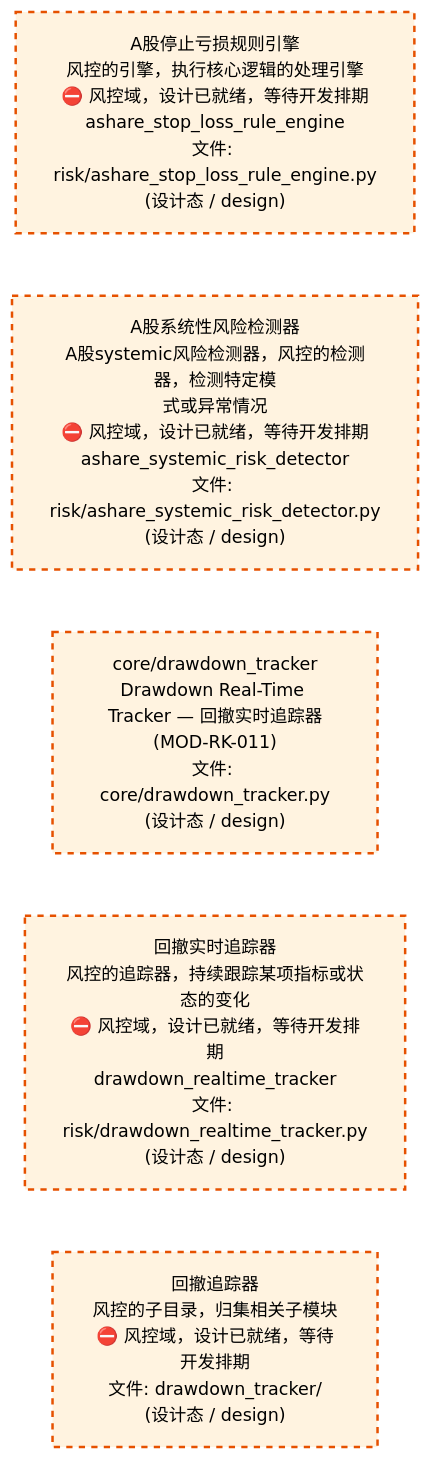
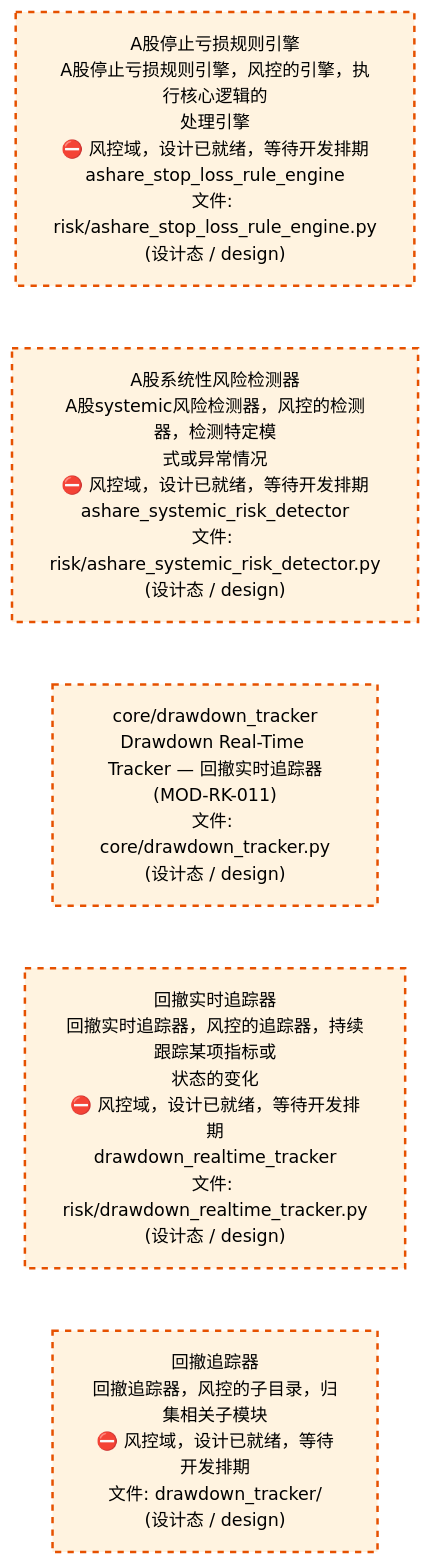
One commit to xuanFelixVan/ZephyrAlpha changed the third of 4 diagrams in docs/02_enterprise_architecture/02_domain_architecture_docs/65_d_risk.md. Above: the diagram before and after it, drawn with Mermaid. The commit also changed other lines of this file and 63 other files, not shown here.

````diff
--- a/docs/02_enterprise_architecture/02_domain_architecture_docs/65_d_risk.md
+++ b/docs/02_enterprise_architecture/02_domain_architecture_docs/65_d_risk.md
@@ -183,18 +183,18 @@
 ```mermaid
 %%{init: {'theme': 'base', 'themeVariables': {'primaryColor': '#eaeaea', 'primaryTextColor': '#333333', 'primaryBorderColor': '#666666', 'lineColor': '#666666', 'secondaryColor': '#eaeaea', 'tertiaryColor': '#eaeaea', 'fontSize': '14px'}}}%%
 flowchart TD
-    src_zephyr_risk_ashare_stop_loss_rule_engine_py["A股停止亏损规则引擎<br/>风控的引擎，执行核心逻辑的处理引擎<br/>⛔ 风控域，设计已就绪，等待开发排期<br/>ashare_stop_loss_rule_engine<br/>文件: risk/ashare_stop_loss_rule_engine.py<br/>(设计态 / design)"]
+    src_zephyr_risk_ashare_stop_loss_rule_engine_py["A股停止亏损规则引擎<br/>A股停止亏损规则引擎，风控的引擎，执行核心逻辑的<br/>处理引擎<br/>⛔ 风控域，设计已就绪，等待开发排期<br/>ashare_stop_loss_rule_engine<br/>文件: risk/ashare_stop_loss_rule_engine.py<br/>(设计态 / design)"]
     src_zephyr_risk_ashare_systemic_risk_detector_py["A股系统性风险检测器<br/>A股systemic风险检测器，风控的检测器，检测特定模<br/>式或异常情况<br/>⛔ 风控域，设计已就绪，等待开发排期<br/>ashare_systemic_risk_detector<br/>文件: risk/ashare_systemic_risk_detector.py<br/>(设计态 / design)"]
     src_zephyr_risk_core_drawdown_tracker_py["core/drawdown_tracker<br/>Drawdown Real-Time Tracker — 回撤实时追踪器<br/>(MOD-RK-011)<br/>文件: core/drawdown_tracker.py<br/>(设计态 / design)"]
-    src_zephyr_risk_drawdown_realtime_tracker_py["回撤实时追踪器<br/>风控的追踪器，持续跟踪某项指标或状态的变化<br/>⛔ 风控域，设计已就绪，等待开发排期<br/>drawdown_realtime_tracker<br/>文件: risk/drawdown_realtime_tracker.py<br/>(设计态 / design)"]
-    src_zephyr_risk_drawdown_tracker["回撤追踪器<br/>风控的子目录，归集相关子模块<br/>⛔ 风控域，设计已就绪，等待开发排期<br/>文件: drawdown_tracker/<br/>(设计态 / design)"]
+    src_zephyr_risk_drawdown_realtime_tracker_py["回撤实时追踪器<br/>回撤实时追踪器，风控的追踪器，持续跟踪某项指标或<br/>状态的变化<br/>⛔ 风控域，设计已就绪，等待开发排期<br/>drawdown_realtime_tracker<br/>文件: risk/drawdown_realtime_tracker.py<br/>(设计态 / design)"]
+    src_zephyr_risk_drawdown_tracker["回撤追踪器<br/>回撤追踪器，风控的子目录，归集相关子模块<br/>⛔ 风控域，设计已就绪，等待开发排期<br/>文件: drawdown_tracker/<br/>(设计态 / design)"]
     src_zephyr_risk_ashare_stop_loss_rule_engine_py ~~~ src_zephyr_risk_ashare_systemic_risk_detector_py
     src_zephyr_risk_ashare_systemic_risk_detector_py ~~~ src_zephyr_risk_core_drawdown_tracker_py
     src_zephyr_risk_core_drawdown_tracker_py ~~~ src_zephyr_risk_drawdown_realtime_tracker_py
     src_zephyr_risk_drawdown_realtime_tracker_py ~~~ src_zephyr_risk_drawdown_tracker
     classDef production fill:#e1f5fe,stroke:#01579b,stroke-width:2px,color:#000
     classDef design fill:#fff3e0,stroke:#e65100,stroke-width:2px,color:#000,stroke-dasharray: 5 5
     classDef external_prod fill:#e8f4fd,stroke:#0277bd,stroke-width:1px,color:#000
     classDef external_design fill:#fff8e7,stroke:#ef6c00,stroke-width:1px,color:#000,stroke-dasharray: 5 5
     class src_zephyr_risk_ashare_stop_loss_rule_engine_py,src_zephyr_risk_ashare_systemic_risk_detector_py,src_zephyr_risk_core_drawdown_tracker_py,src_zephyr_risk_drawdown_realtime_tracker_py,src_zephyr_risk_drawdown_tracker design
 ```
````
